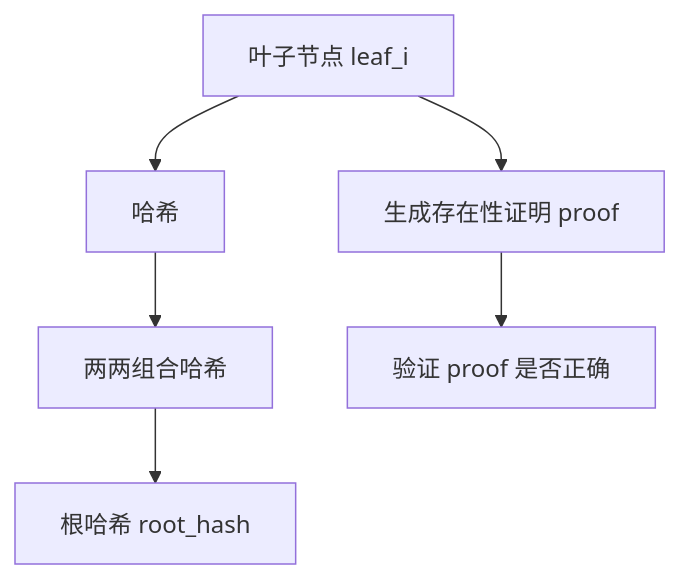
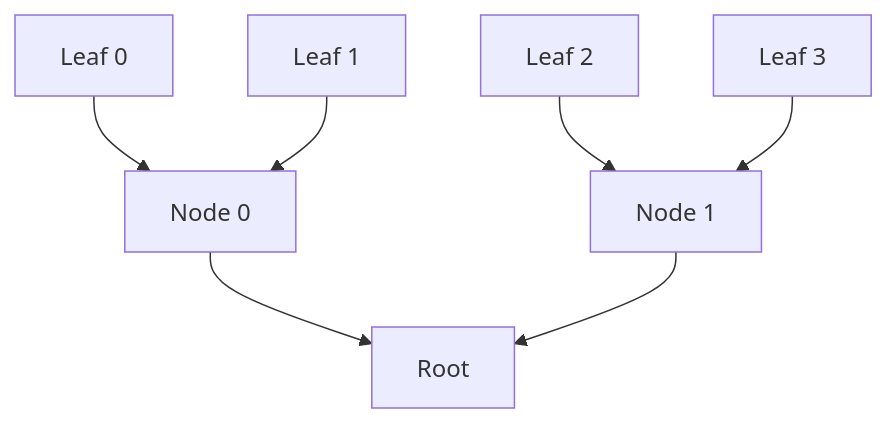
Before and after one commit to yunhe-bai-SDU/homework-2025-7: the third of 3 diagrams in project_4/README.md, drawn with Mermaid. The commit also changed other lines of this file, not shown here.

````diff
--- a/project_4/README.md
+++ b/project_4/README.md
@@ -106,8 +176,9 @@
 ```mermaid
-flowchart TD
-    L[叶子节点 leaf_i] --> H1[哈希]
-    H1 --> P[两两组合哈希]
-    P --> R[根哈希 root_hash]
-    L --> E[生成存在性证明 proof]
-    E --> V[验证 proof 是否正确]
+graph TD
+    L1[Leaf 0] --> N0[Node 0]
+    L2[Leaf 1] --> N0
+    L3[Leaf 2] --> N1[Node 1]
+    L4[Leaf 3] --> N1
+    N0 --> R[Root]
+    N1 --> R
 ```
````
